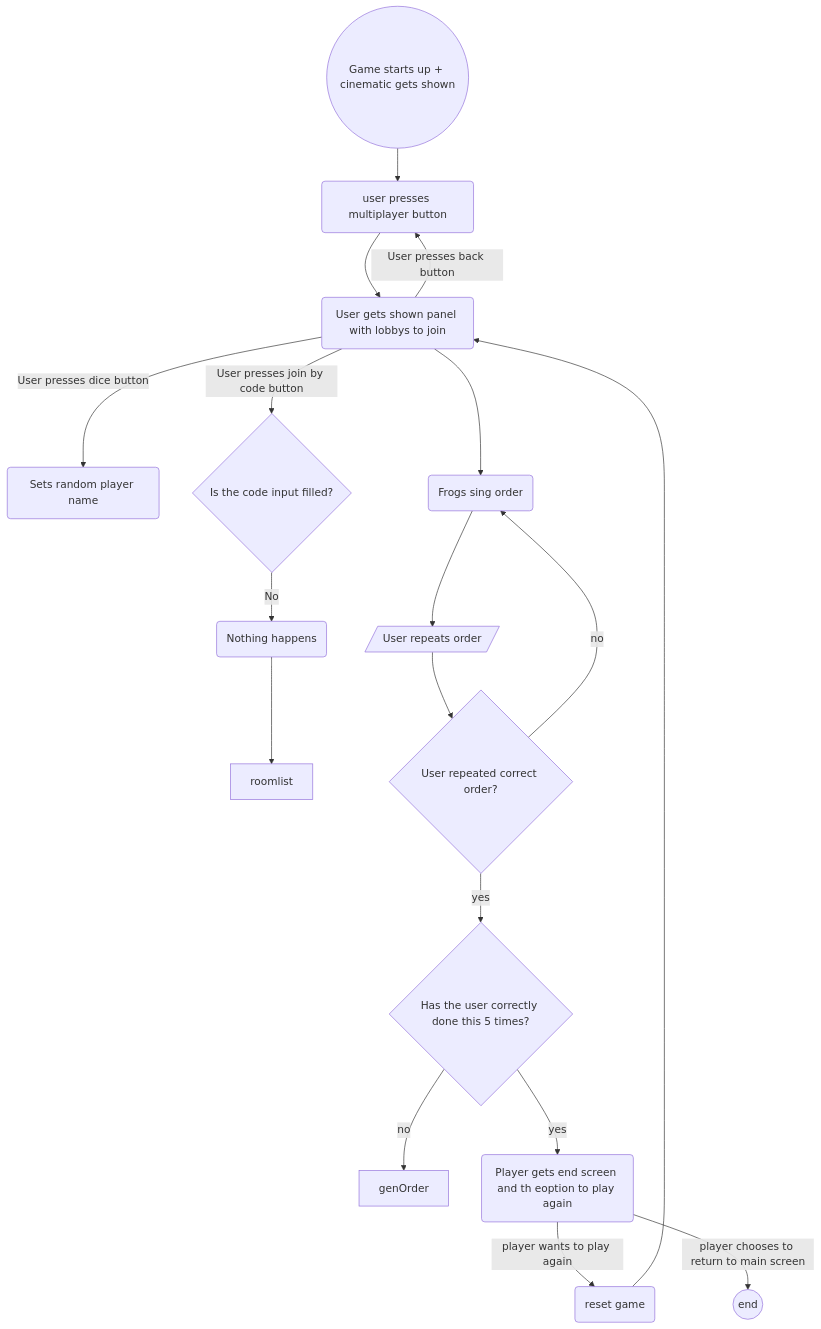
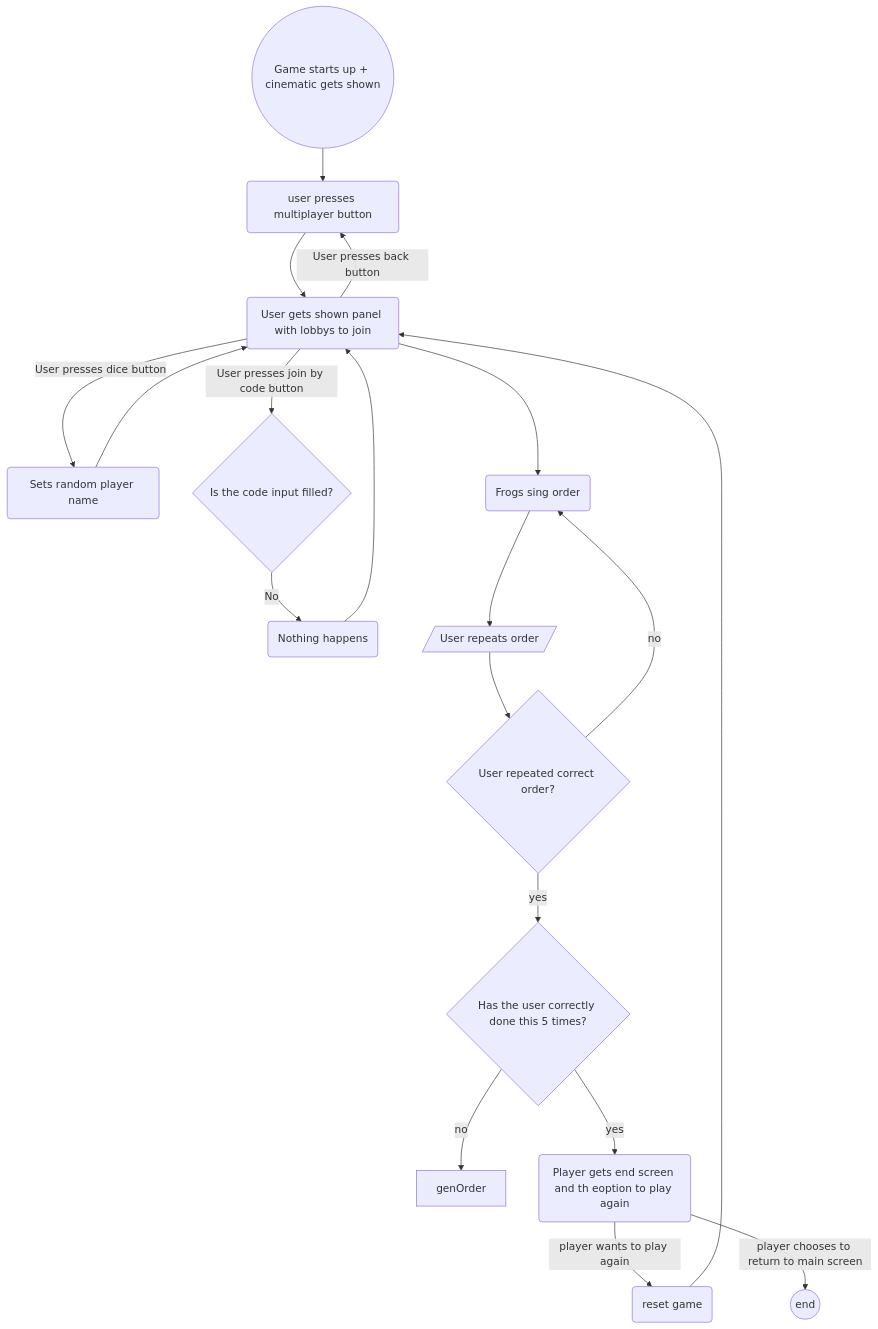
Before and after one commit to T3rabyte/Examen: the first of 2 diagrams in README.md, drawn with Mermaid.

````diff
--- a/README.md
+++ b/README.md
@@ -55,20 +55,21 @@
 ```mermaid
 graph TD;
     start((Game starts up + cinematic gets shown)) --> mainMenu(user presses multiplayer button);
     mainMenu --> roomList(User gets shown panel with lobbys to join);
     roomList --> |User presses back button| mainMenu;
     roomList --> |User presses dice button| name(Sets random player name);
+    name --> roomList;
     roomList --> |User presses join by code button| codeJoin{Is the code input filled?};
     codeJoin --> |No| nothingResponse(Nothing happens);
-    nothingResponse --> roomlist;
+    nothingResponse --> roomList;
     roomList --> startMini(Frogs sing order);
     startMini --> userInput[/User repeats order/];
     userInput --> correctOrder{User repeated correct order?};
     correctOrder -->|no| startMini;
     correctOrder -->|yes| complete{Has the user correctly done this 5 times?};
     complete -->|no| genOrder;
     complete -->|yes| finished(Player gets end screen and th eoption to play again);
     finished -->|player wants to play again| empty(reset game);
     empty --> roomList;
     finished -->|player chooses to return to main screen| end_d((end));
 ```
````
